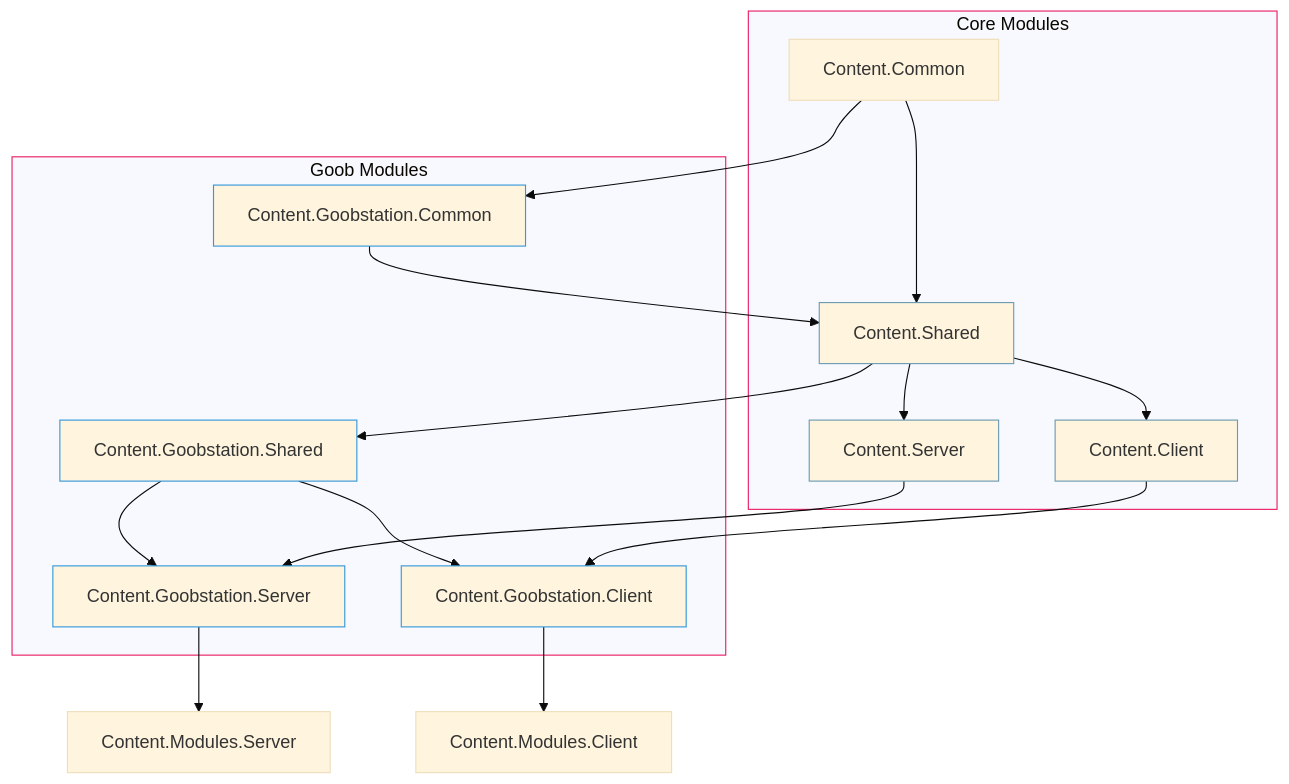
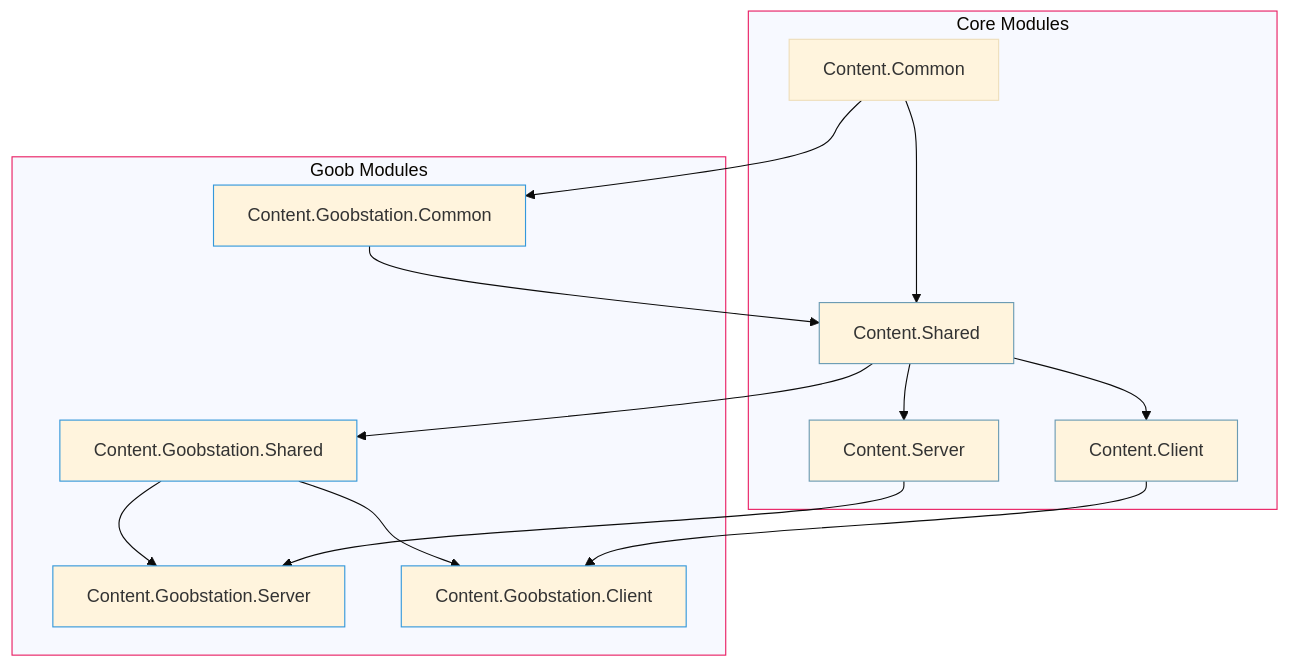
The first of 3 diagrams in src/en/general-development/codebase-info/goob-reforged/reforged-modules.md (Verbalase/docs), drawn with Mermaid (base theme) before and after one commit. The commit also changed other lines of this file and 3 other files, not shown here.

````diff
--- a/src/en/general-development/codebase-info/goob-reforged/reforged-modules.md
+++ b/src/en/general-development/codebase-info/goob-reforged/reforged-modules.md
@@ -46,57 +46,50 @@
 ```mermaid
 flowchart TD
     CoreServer[Content.Server]
     style CoreServer stroke:#6b9bb3
     CoreClient[Content.Client]
     style CoreClient stroke:#6b9bb3
     CoreShared[Content.Shared]
     style CoreShared stroke:#6b9bb3
     CoreCommon[Content.Common]
     style CoreShared stroke:#6b9bb3
 
     GoobServer[Content.Goobstation.Server]
     style GoobServer stroke:#3498db
     GoobClient[Content.Goobstation.Client]
     style GoobClient stroke:#3498db
     GoobShared[Content.Goobstation.Shared]
     style GoobShared stroke:#3498db
     GoobCommon[Content.Goobstation.Common]
-    style GoobCommon stroke:#3498db
-
-    ModuleServer[Content.Modules.Server]
-    style GoobShared stroke:#3498db
-    ModuleClient[Content.Modules.Client]
     style GoobCommon stroke:#3498db
     
     subgraph CoreModules["Core Modules"]
         CoreServer
         CoreClient
         CoreShared
         CoreCommon
     end
     style CoreModules stroke:#e91e63
 
     CoreShared --> CoreServer
     CoreShared --> CoreClient
 
     subgraph GoobModules["Goob Modules"]
         GoobServer
         GoobClient
         GoobShared
         GoobCommon
     end
     style GoobModules stroke:#e91e63
 
     GoobShared --> GoobServer
     GoobShared --> GoobClient
 
     GoobCommon --> CoreShared
     CoreCommon --> GoobCommon
     CoreCommon --> CoreShared
     
     CoreShared --> GoobShared
     CoreServer --> GoobServer
     CoreClient --> GoobClient
-    GoobServer --> ModuleServer
-    GoobClient --> ModuleClient
 ```
````
